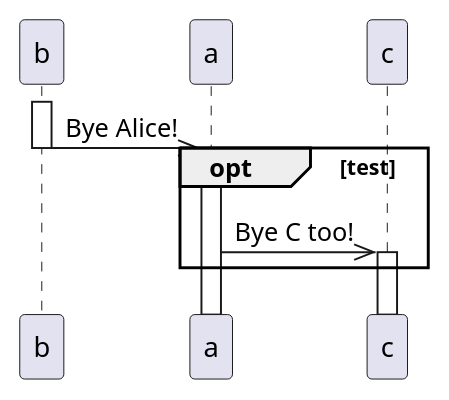
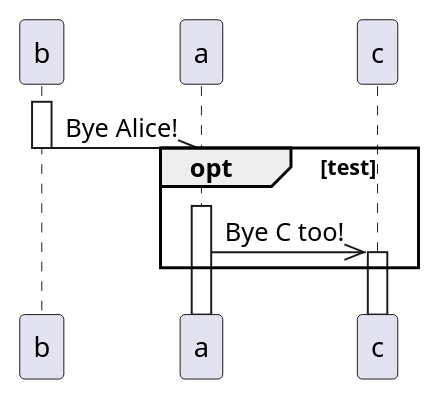
One commit to jimnelson372/plantuml_fork changed the diagram in testteozmult_one.puml. Above: the diagram before and after it, drawn with PlantUML. The commit also changed 5 other files, not shown here.

```diff
--- a/testteozmult_one.puml
+++ b/testteozmult_one.puml
@@ -1,20 +1,21 @@
 @startuml
 !pragma teoz true
 'Issue #1494 with additional parallel to C.
 'skinparam style strictuml
 
 'Actor Bob as b
 'Actor Alice as a
 'Actor Charlie as c
 
 activate b
 'b ->> a --++ : Hi Alice!
 'a ->> b --++ : Bye Bob!
 
-b ->> a --++: Bye Alice!
+b ->> a --: Bye Alice!
 '& b ->> m ++ : Bye Alice!
- & opt test
- a ->> c  : Bye C too!
- activate c
+  &opt test
+  activate a
+ a ->> c ++ : Bye C too!
+ 'activate c
  end
  @enduml
```
